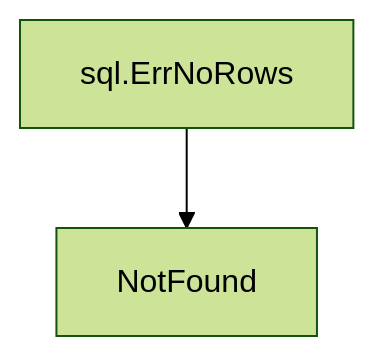
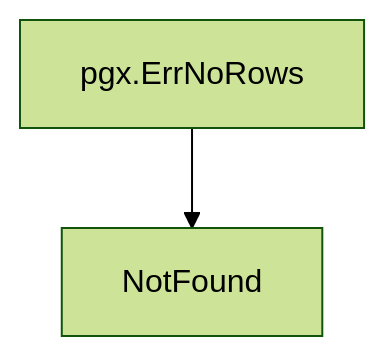
The third of 3 diagrams in internal/infrastructure/rdb/pgerror/README.ja.md (Tomy-ch/go-boilerplate), drawn with Mermaid (forest theme) before and after one commit. The commit also changed other lines of this file and 1 other file, not shown here.

Commit message:
Docs: READMEのpgx.ErrNoRowsに関する記述を修正

````diff
--- a/internal/infrastructure/rdb/pgerror/README.ja.md
+++ b/internal/infrastructure/rdb/pgerror/README.ja.md
@@ -79,4 +79,4 @@
 ```mermaid
 flowchart TB
-    NoRows["sql.ErrNoRows"] --> NotFound["NotFound"]
+    NoRows["pgx.ErrNoRows"] --> NotFound["NotFound"]
 ```
````
